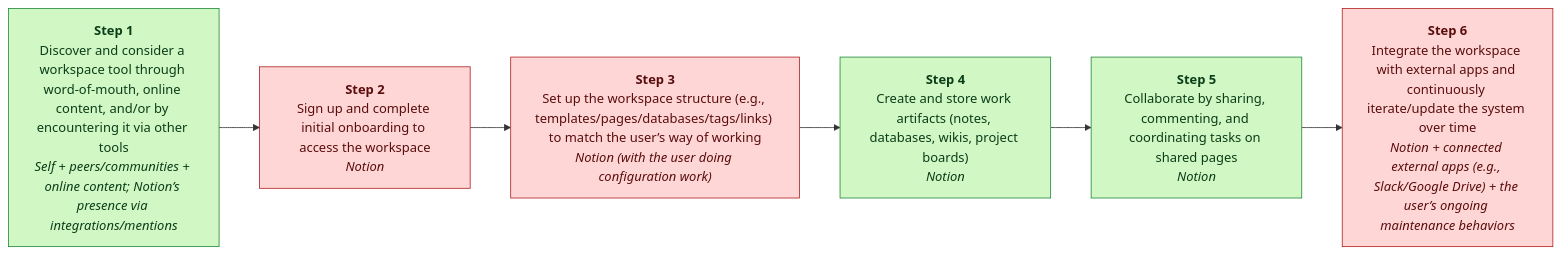
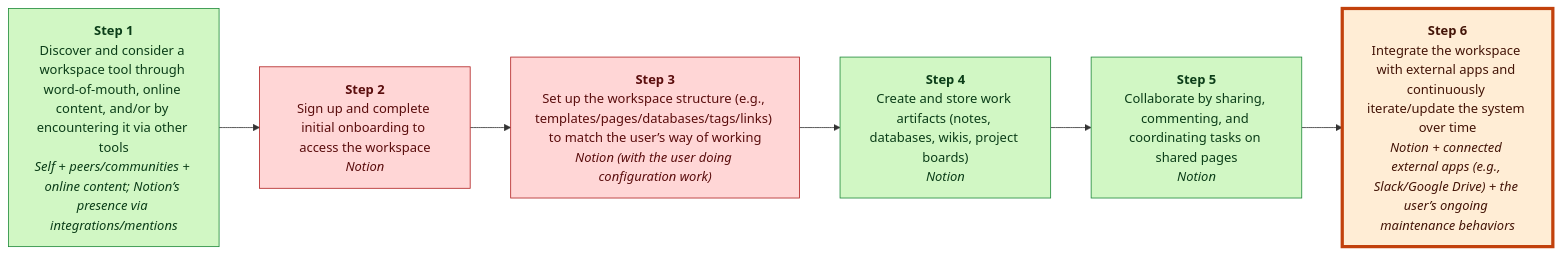
The first of 4 diagrams in cases/_archive/notion-grounded-20260509/run/final_report.md (Austin-Li7/decoupling-analyst), drawn with Mermaid before and after one commit. The commit also changed other lines of this file and 25 other files, not shown here.

````diff
--- a/cases/_archive/notion-grounded-20260509/run/final_report.md
+++ b/cases/_archive/notion-grounded-20260509/run/final_report.md
@@ -63,20 +15,21 @@
 ```mermaid
 flowchart LR
     A1["<b>Step 1</b><br/>Discover and consider a workspace tool through word-of-mouth, online content, and/or by encountering it via other tools<br/><i>Self + peers/communities + online content; Notion’s presence via integrations/mentions</i>"]
     A2["<b>Step 2</b><br/>Sign up and complete initial onboarding to access the workspace<br/><i>Notion</i>"]
     A3["<b>Step 3</b><br/>Set up the workspace structure (e.g., templates/pages/databases/tags/links) to match the user’s way of working<br/><i>Notion (with the user doing configuration work)</i>"]
     A4["<b>Step 4</b><br/>Create and store work artifacts (notes, databases, wikis, project boards)<br/><i>Notion</i>"]
     A5["<b>Step 5</b><br/>Collaborate by sharing, commenting, and coordinating tasks on shared pages<br/><i>Notion</i>"]
     A6["<b>Step 6</b><br/>Integrate the workspace with external apps and continuously iterate/update the system over time<br/><i>Notion + connected external apps (e.g., Slack/Google Drive) + the user’s ongoing maintenance behaviors</i>"]
     A1 --> A2
     A2 --> A3
     A3 --> A4
     A4 --> A5
     A5 --> A6
     style A1 fill:#d1f7c4,stroke:#1f8a3a,color:#0b3d18
     style A2 fill:#ffd6d6,stroke:#b22222,color:#5a0d0d
     style A3 fill:#ffd6d6,stroke:#b22222,color:#5a0d0d
     style A4 fill:#d1f7c4,stroke:#1f8a3a,color:#0b3d18
     style A5 fill:#d1f7c4,stroke:#1f8a3a,color:#0b3d18
     style A6 fill:#ffd6d6,stroke:#b22222,color:#5a0d0d
+    style A6 fill:#ffedd5,stroke:#c2410c,stroke-width:4px,color:#431407
 ```
````
